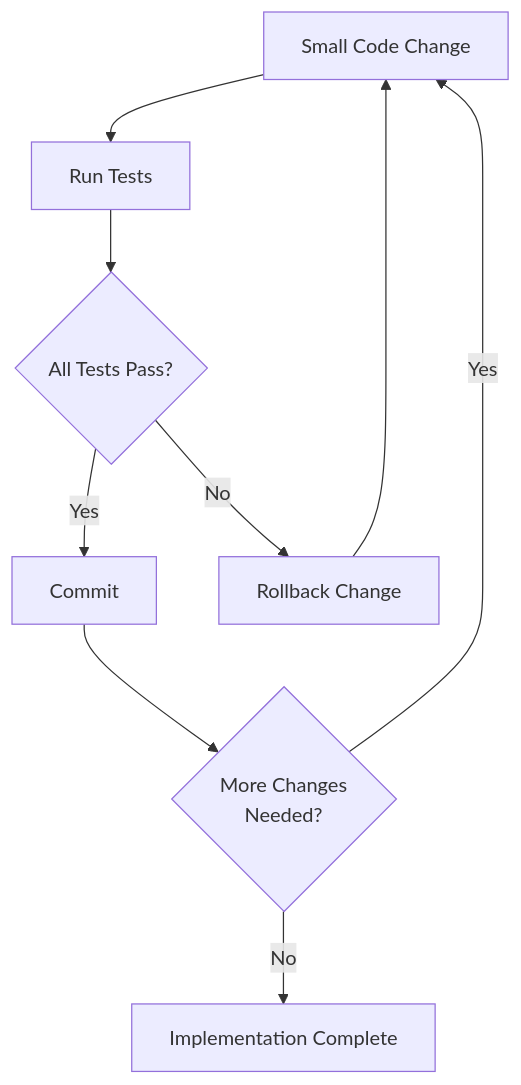
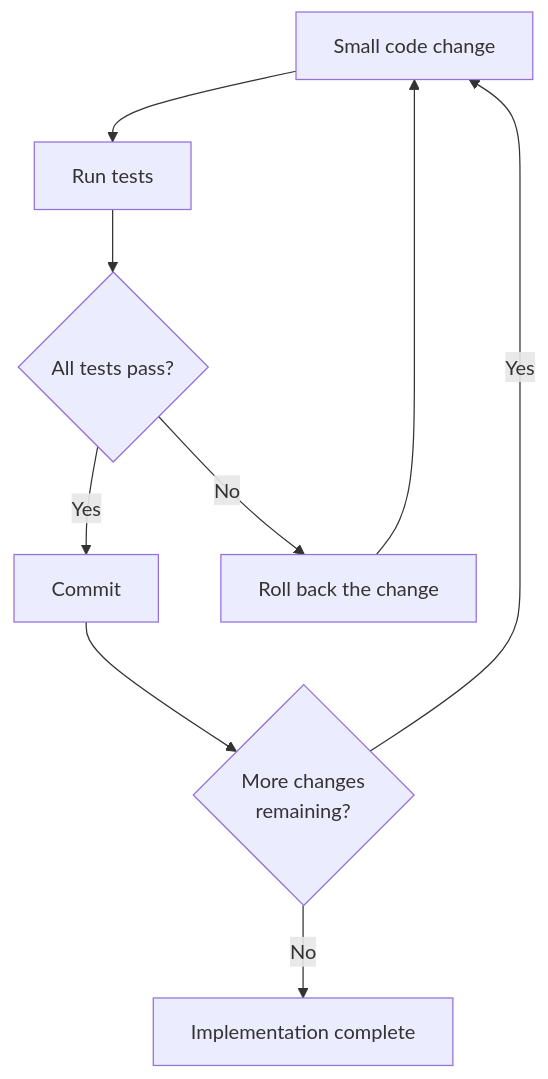
The first of 2 diagrams in docs-site/content/en/workflow-commands/moai-run.md (modu-ai/moai-adk), drawn with Mermaid before and after one commit. The commit also changed other lines of this file and 395 other files, not shown here.

````diff
--- a/docs-site/content/en/workflow-commands/moai-run.md
+++ b/docs-site/content/en/workflow-commands/moai-run.md
@@ -96,11 +102,11 @@
 ```mermaid
 flowchart TD
-    A["Small Code Change"] --> B["Run Tests"]
-    B --> C{"All Tests Pass?"}
+    A["Small code change"] --> B["Run tests"]
+    B --> C{"All tests pass?"}
     C -->|Yes| D["Commit"]
-    D --> E{"More Changes<br/>Needed?"}
+    D --> E{"More changes<br/>remaining?"}
     E -->|Yes| A
-    E -->|No| F["Implementation Complete"]
-    C -->|No| G["Rollback Change"]
+    E -->|No| F["Implementation complete"]
+    C -->|No| G["Roll back the change"]
     G --> A
 ```
````
